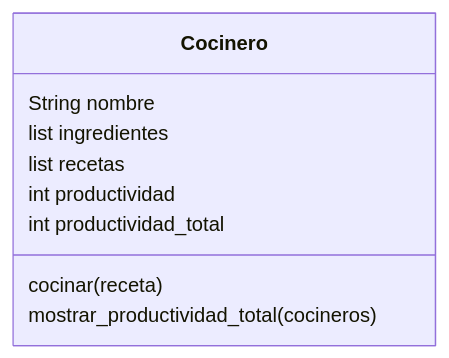
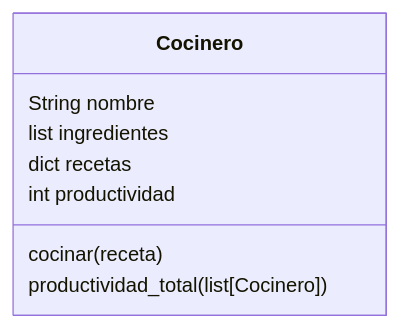
Before and after one commit to bk320/psg-oop-2025: the diagram in retos_sesion_03/ejercicio_02.md, drawn with Mermaid. The commit also changed other lines of this file and 3 other files, not shown here.

````diff
--- a/retos_sesion_03/ejercicio_02.md
+++ b/retos_sesion_03/ejercicio_02.md
@@ -38,12 +58,11 @@
 ```mermaid
 classDiagram
     class Cocinero {
         String nombre
         list ingredientes
-        list recetas
+        dict recetas
         int productividad
-        int productividad_total
         cocinar(receta)
-        mostrar_productividad_total(cocineros)
+        productividad_total(list[Cocinero])
     }
 ```
````
